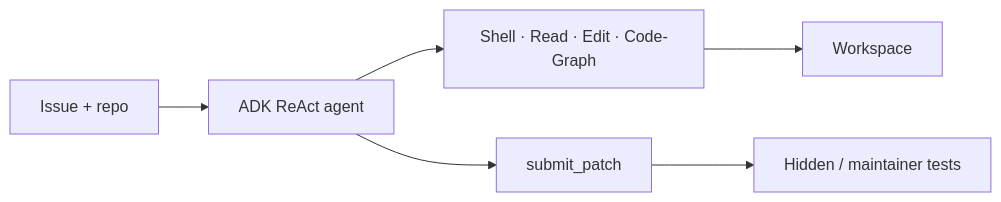
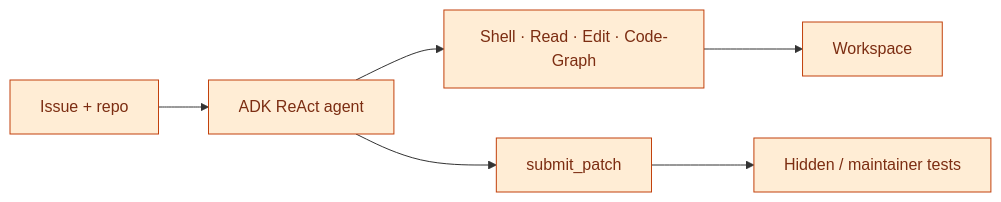
Before and after one commit to khaosans/noisegate-gemma4-factory: the fourth of 7 diagrams in docs/wiki/Architecture.md, drawn with Mermaid. The commit also changed other lines of this file and 7 other files, not shown here.

First line of the commit message:
release: v1.0.0-beta.1 + Mermaid color legends

````diff
--- a/docs/wiki/Architecture.md
+++ b/docs/wiki/Architecture.md
@@ -86,8 +122,11 @@
 ```mermaid
 flowchart LR
   Issue[Issue + repo] --> Agent[ADK ReAct agent]
   Agent --> Tools[Shell · Read · Edit · Code-Graph]
   Tools --> WS[Workspace]
   Agent --> Submit[submit_patch]
   Submit --> Tests[Hidden / maintainer tests]
+
+  classDef product fill:#FFEDD5,stroke:#C2410C,color:#7C2D12
+  class Issue,Agent,Tools,WS,Submit,Tests product
 ```
````
